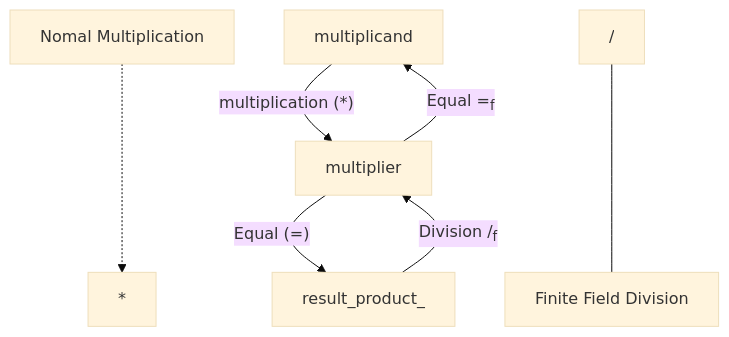
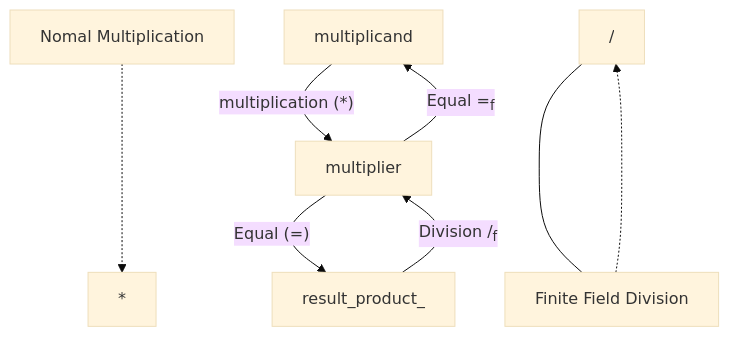
One commit to will-bc/Blockchain-Cryptocurrency changed the third of 3 diagrams in Finite_Field/README.md. Above: the diagram before and after it, drawn with Mermaid (base theme).

````diff
--- a/Finite_Field/README.md
+++ b/Finite_Field/README.md
@@ -49,15 +49,15 @@
 ```mermaid 
 graph TB 
 
 A["Nomal Multiplication"] -..-> *
 
 multiplicand --"multiplication (*)" --> multiplier-->|"Equal (=)"|result_product_ 
 
 result_product_-- "Division /<sub>f</sub>" -->multiplier
 multiplier--"Equal =<sub>f</sub>" -->multiplicand
 
 / <=== B["Finite Field Division"]
 
-
+B["Finite Field Division"] -..-> /
 
 ```
````
